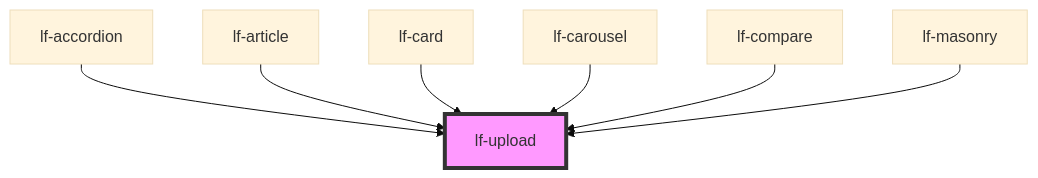
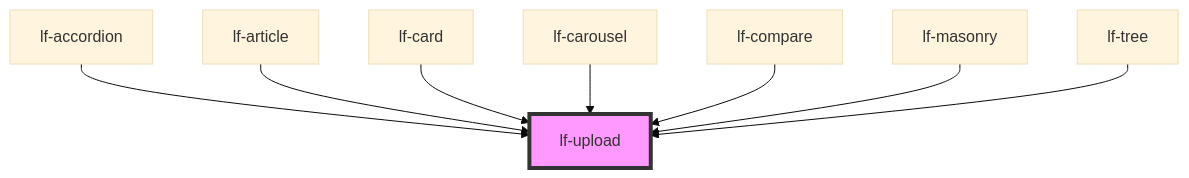
One commit to lucafoscili/lf-widgets changed the diagram in packages/core/src/components/lf-upload/readme.md. Above: the diagram before and after it, drawn with Mermaid (base theme). The commit also changed other lines of this file and 17 other files, not shown here.

````diff
--- a/packages/core/src/components/lf-upload/readme.md
+++ b/packages/core/src/components/lf-upload/readme.md
@@ -118,10 +119,11 @@
 ```mermaid
 graph TD;
   lf-accordion --> lf-upload
   lf-article --> lf-upload
   lf-card --> lf-upload
   lf-carousel --> lf-upload
   lf-compare --> lf-upload
   lf-masonry --> lf-upload
+  lf-tree --> lf-upload
   style lf-upload fill:#f9f,stroke:#333,stroke-width:4px
 ```
````
